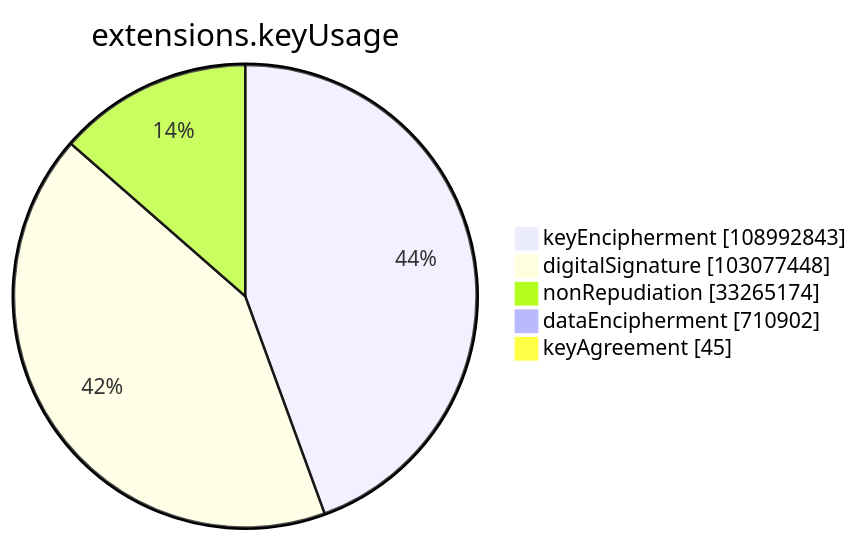
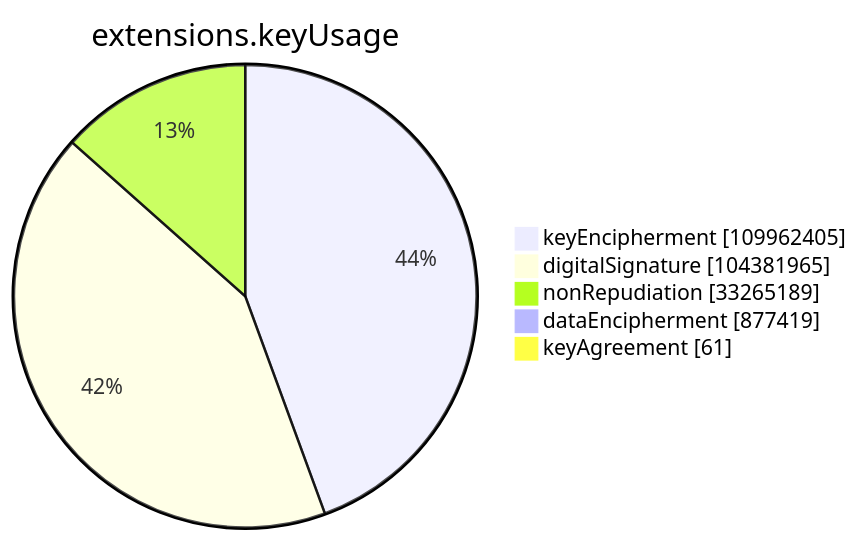
The sixth of 15 diagrams in xenon2023/README.md (christiankrug/ctmonitor_visualization), drawn with Mermaid before and after one commit. The commit also changed other lines of this file, not shown here.

````diff
--- a/xenon2023/README.md
+++ b/xenon2023/README.md
@@ -2116,9 +2120,9 @@
 ```mermaid
 pie showData
 title extensions.keyUsage
-"keyEncipherment" :108992843
-"digitalSignature" :103077448
-"nonRepudiation" :33265174
-"dataEncipherment" :710902
-"keyAgreement" :45
+"keyEncipherment" :109962405
+"digitalSignature" :104381965
+"nonRepudiation" :33265189
+"dataEncipherment" :877419
+"keyAgreement" :61
 ```
````
